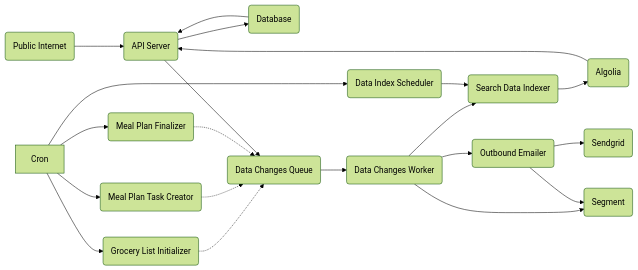
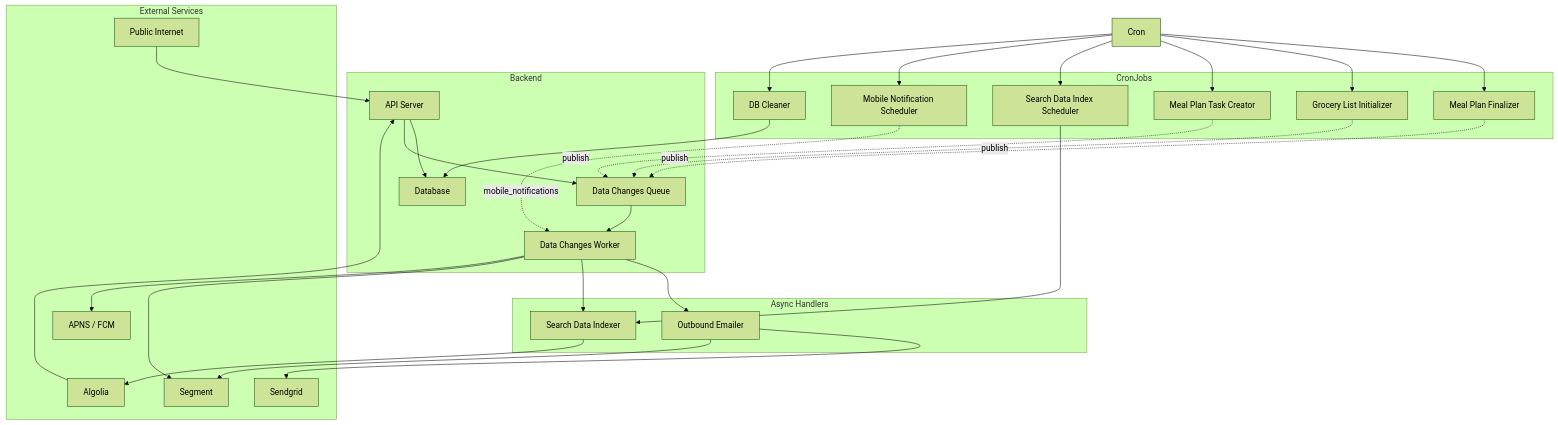
Before and after one commit to dinnerdonebetter/dinnerdonebetter: the diagram in backend/README.md, drawn with Mermaid (forest theme). The commit also changed other lines of this file and 203 other files, not shown here.

````diff
--- a/backend/README.md
+++ b/backend/README.md
@@ -32,37 +96,60 @@
 ```mermaid
-flowchart LR
-    PublicInternet("Public Internet")
-    APIServer("API Server")
-    Sendgrid("Sendgrid")
-    Segment("Segment")
-    Algolia("Algolia")
-    Database("Database")
-    DataChangesQueue("Data Changes Queue")
-    DataChangesWorker("Data Changes Worker")
-    MealPlanFinalizerWorker("Meal Plan Finalizer")
-    MealPlanGroceryListInitializerWorker("Grocery List Initializer")
-    MealPlanTaskCreatorWorker("Meal Plan Task Creator")
-    OutboundEmailerWorker("Outbound Emailer")
-    SearchDataIndexSchedulerWorker("Data Index Scheduler")
-    SearchDataIndexerWorker("Search Data Indexer")
-    PublicInternet-->APIServer
-    Cron-->MealPlanGroceryListInitializerWorker
-    Cron-->SearchDataIndexSchedulerWorker
-    Cron-->MealPlanTaskCreatorWorker
-    Cron-->MealPlanFinalizerWorker
-    DataChangesWorker-->OutboundEmailerWorker
-    DataChangesWorker-->SearchDataIndexerWorker
-    MealPlanGroceryListInitializerWorker-.->DataChangesQueue
-    MealPlanTaskCreatorWorker-.->DataChangesQueue
-    MealPlanFinalizerWorker-.->DataChangesQueue
-    SearchDataIndexSchedulerWorker-->SearchDataIndexerWorker
-    SearchDataIndexerWorker-->Algolia
-    DataChangesQueue-->DataChangesWorker
-    DataChangesWorker-->Segment
-    OutboundEmailerWorker-->Segment
-    OutboundEmailerWorker-->Sendgrid
-    Algolia-->APIServer
-    APIServer-->Database
-    Database-->APIServer
-    APIServer-->DataChangesQueue
+flowchart TB
+    subgraph External["External Services"]
+        PublicInternet["Public Internet"]
+        Sendgrid["Sendgrid"]
+        Segment["Segment"]
+        Algolia["Algolia"]
+        APNS["APNS / FCM"]
+    end
+
+    subgraph Backend["Backend"]
+        APIServer["API Server"]
+        Database["Database"]
+        DataChangesQueue["Data Changes Queue"]
+        DataChangesWorker["Data Changes Worker"]
+    end
+
+    subgraph CronJobs["CronJobs"]
+        MealPlanFinalizer["Meal Plan Finalizer"]
+        MealPlanGroceryListInit["Grocery List Initializer"]
+        MealPlanTaskCreator["Meal Plan Task Creator"]
+        SearchDataIndexScheduler["Search Data Index Scheduler"]
+        MobileNotificationScheduler["Mobile Notification Scheduler"]
+        DBCleaner["DB Cleaner"]
+    end
+
+    subgraph AsyncHandlers["Async Handlers"]
+        OutboundEmailer["Outbound Emailer"]
+        SearchDataIndexer["Search Data Indexer"]
+    end
+
+    Cron["Cron"] --> MealPlanFinalizer
+    Cron --> MealPlanGroceryListInit
+    Cron --> MealPlanTaskCreator
+    Cron --> SearchDataIndexScheduler
+    Cron --> MobileNotificationScheduler
+    Cron --> DBCleaner
+
+    MealPlanFinalizer -.->|publish| DataChangesQueue
+    MealPlanGroceryListInit -.->|publish| DataChangesQueue
+    MealPlanTaskCreator -.->|publish| DataChangesQueue
+
+    DataChangesQueue --> DataChangesWorker
+    DataChangesWorker --> OutboundEmailer
+    DataChangesWorker --> SearchDataIndexer
+    DataChangesWorker --> Segment
+
+    SearchDataIndexScheduler --> SearchDataIndexer
+    MobileNotificationScheduler -.->|mobile_notifications| DataChangesWorker
+    SearchDataIndexer --> Algolia
+    OutboundEmailer --> Sendgrid
+    OutboundEmailer --> Segment
+    DataChangesWorker --> APNS
+
+    DBCleaner --> Database
+    APIServer --> Database
+    APIServer --> DataChangesQueue
+    Algolia --> APIServer
+    PublicInternet --> APIServer
 ```
````
